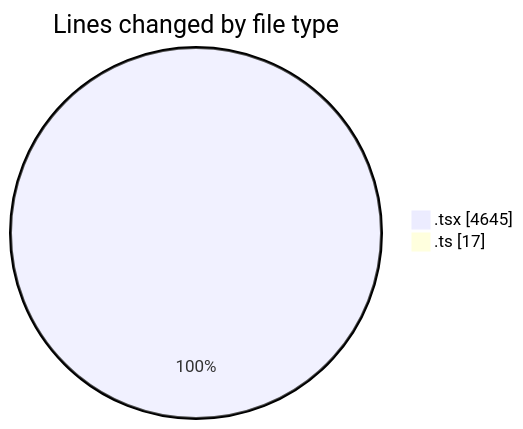
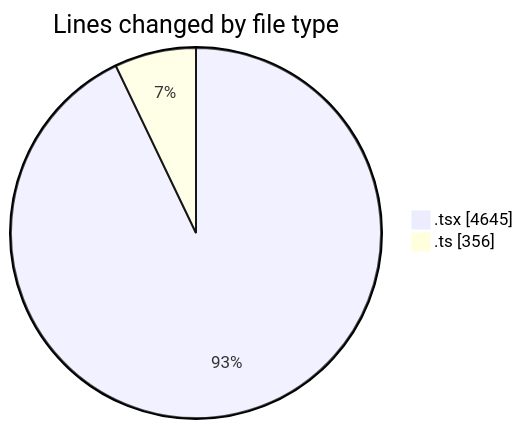
The first of 2 diagrams in 2026-03-15/nxtqube_webapp/README.md (nxtqubesakshisongat/code-tracking), drawn with Mermaid before and after one commit. The commit also changed other lines of this file and 1 other file, not shown here.

````diff
--- a/2026-03-15/nxtqube_webapp/README.md
+++ b/2026-03-15/nxtqube_webapp/README.md
@@ -23,6 +25,6 @@
 ```mermaid
 pie showData
 title Lines changed by file type
 ".tsx" : 4645
-".ts" : 17
+".ts" : 356
 ```
````
